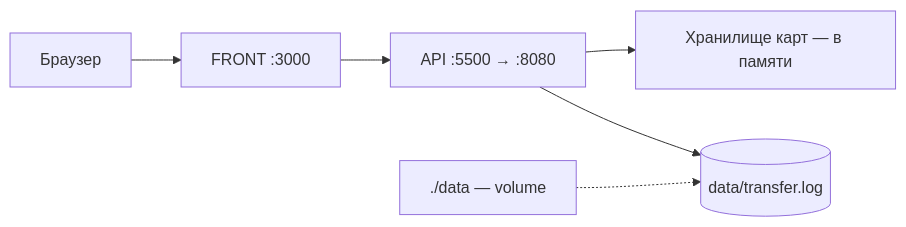
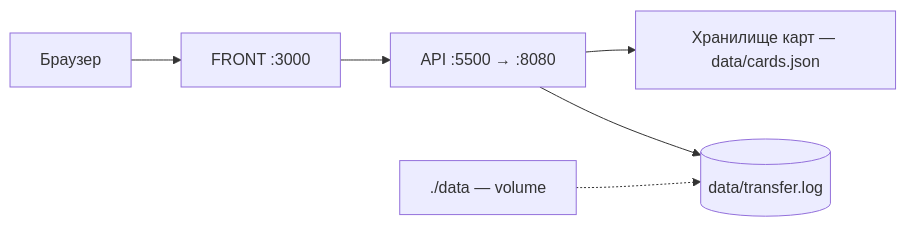
One commit to eurefco-pixel/money-transfer changed the diagram in README.md. Above: the diagram before and after it, drawn with Mermaid. The commit also changed other lines of this file and 26 other files, not shown here.

````diff
--- a/README.md
+++ b/README.md
@@ -51,8 +53,8 @@
 ```mermaid
 flowchart LR
     B[Браузер] --> F[FRONT :3000]
     F --> A[API :5500 → :8080]
-    A --> S[Хранилище карт — в памяти]
+    A --> S[Хранилище карт — data/cards.json]
     A --> L[(data/transfer.log)]
     V[./data — volume] -.-> L
 ```
````
